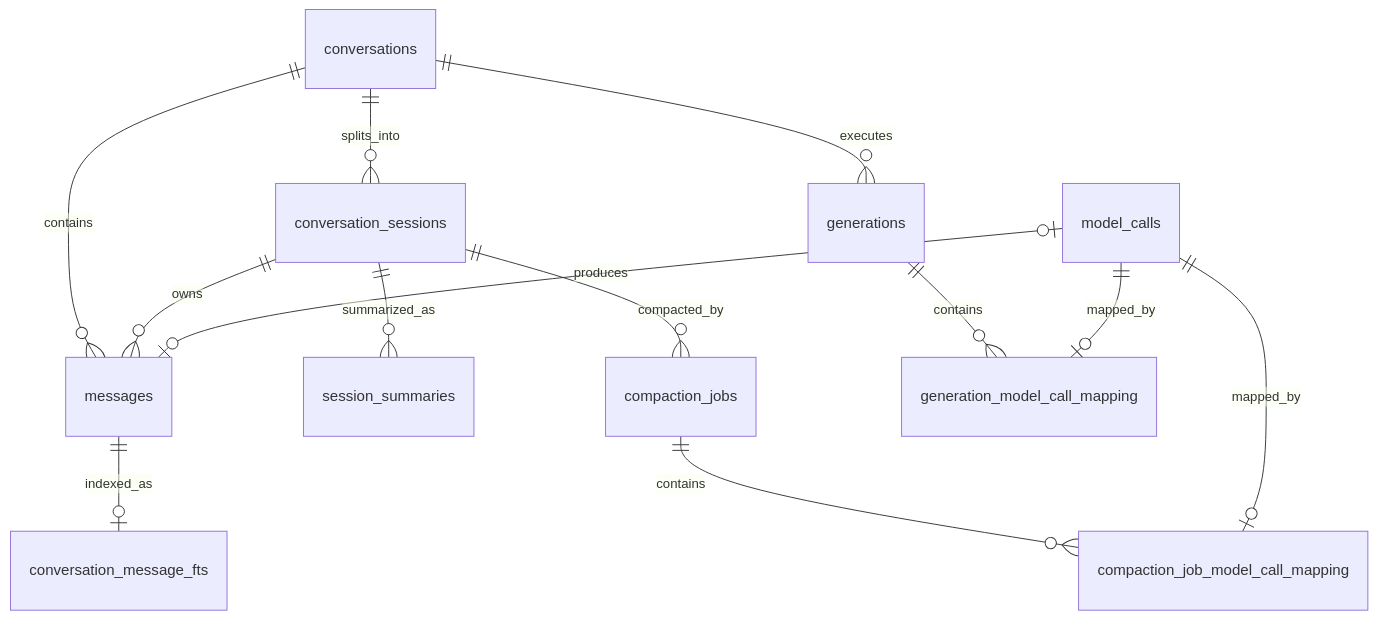
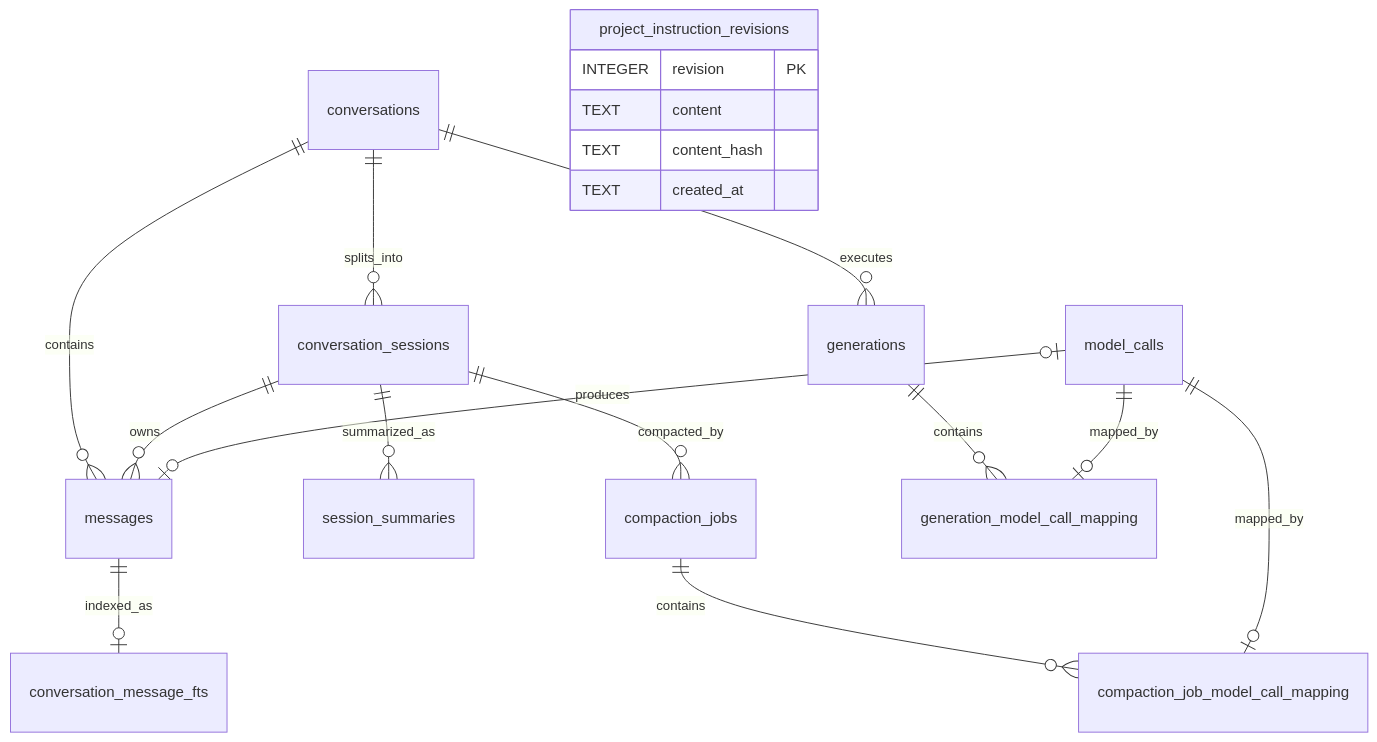
The first of 2 diagrams in docs/DATABASE_DESIGN.md (Mengman/CleoDoc), drawn with Mermaid before and after one commit. The commit also changed other lines of this file and 25 other files, not shown here.

````diff
--- a/docs/DATABASE_DESIGN.md
+++ b/docs/DATABASE_DESIGN.md
@@ -47,15 +48,21 @@
 ```mermaid
 erDiagram
     conversations ||--o{ messages : contains
     conversations ||--o{ generations : executes
     conversations ||--o{ conversation_sessions : splits_into
     conversation_sessions ||--o{ messages : owns
     conversation_sessions ||--o{ session_summaries : summarized_as
     conversation_sessions ||--o{ compaction_jobs : compacted_by
     messages ||--o| conversation_message_fts : indexed_as
     generations ||--o{ generation_model_call_mapping : contains
     model_calls ||--o| generation_model_call_mapping : mapped_by
     compaction_jobs ||--o{ compaction_job_model_call_mapping : contains
     model_calls ||--o| compaction_job_model_call_mapping : mapped_by
     model_calls o|--o| messages : produces
+    project_instruction_revisions {
+        INTEGER revision PK
+        TEXT content
+        TEXT content_hash
+        TEXT created_at
+    }
 ```
````
